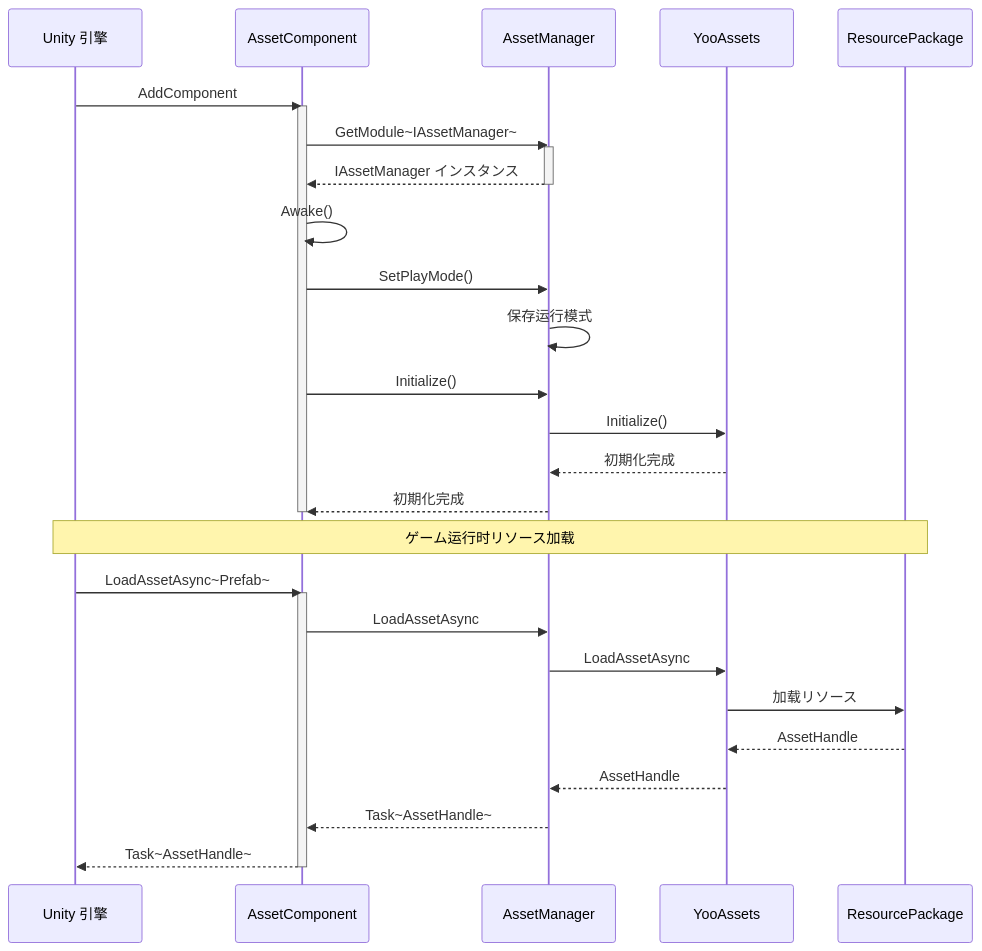
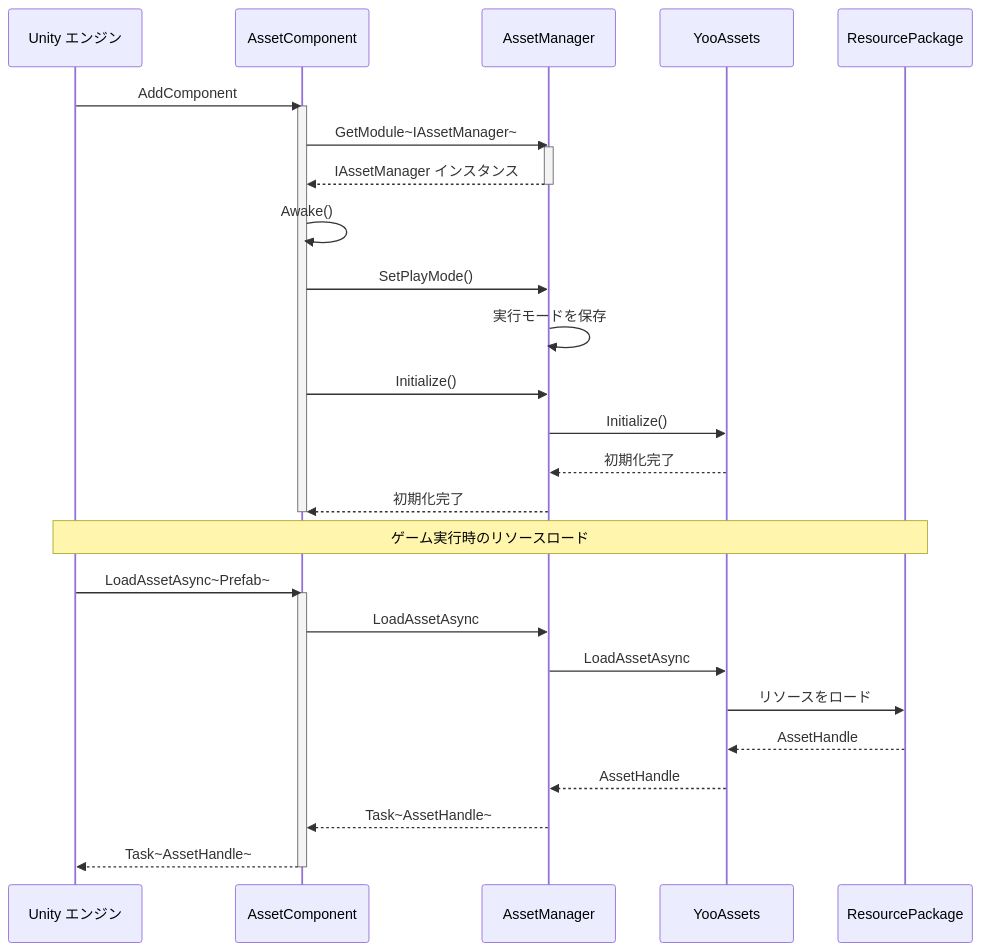
One commit to AlianBlank/GameFrameX.Docs changed the third of 4 diagrams in docs/ja/client/unity/component/asset/01.overview.md. Above: the diagram before and after it, drawn with Mermaid. The commit also changed other lines of this file and 320 other files, not shown here.

````diff
--- a/docs/ja/client/unity/component/asset/01.overview.md
+++ b/docs/ja/client/unity/component/asset/01.overview.md
@@ -135,35 +135,35 @@
 ```mermaid
 sequenceDiagram
-    participant Unity as Unity 引擎
+    participant Unity as Unity エンジン
     participant Component as AssetComponent
     participant Manager as AssetManager
     participant YooAssets as YooAssets
     participant Package as ResourcePackage
 
     Unity->>Component: AddComponent
     activate Component
     Component->>Manager: GetModule~IAssetManager~
     activate Manager
     Manager-->>Component: IAssetManager インスタンス
     deactivate Manager
     Component->>Component: Awake()
     Component->>Manager: SetPlayMode()
-    Manager->>Manager: 保存运行模式
+    Manager->>Manager: 実行モードを保存
     Component->>Manager: Initialize()
     Manager->>YooAssets: Initialize()
-    YooAssets-->>Manager: 初期化完成
-    Manager-->>Component: 初期化完成
+    YooAssets-->>Manager: 初期化完了
+    Manager-->>Component: 初期化完了
     deactivate Component
 
-    Note over Unity,Package: ゲーム运行时リソース加载
+    Note over Unity,Package: ゲーム実行時のリソースロード
     Unity->>Component: LoadAssetAsync~Prefab~
     activate Component
     Component->>Manager: LoadAssetAsync
     Manager->>YooAssets: LoadAssetAsync
-    YooAssets->>Package: 加载リソース
+    YooAssets->>Package: リソースをロード
     Package-->>YooAssets: AssetHandle
     YooAssets-->>Manager: AssetHandle
     Manager-->>Component: Task~AssetHandle~
     Component-->>Unity: Task~AssetHandle~
     deactivate Component
 ```
````
